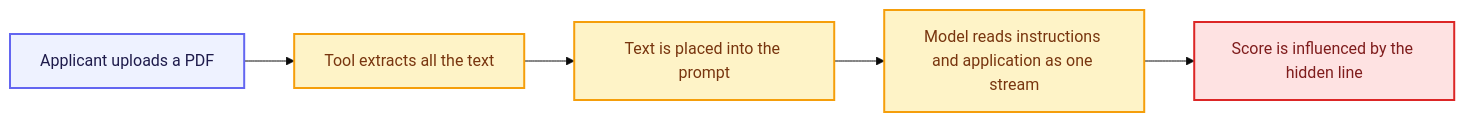
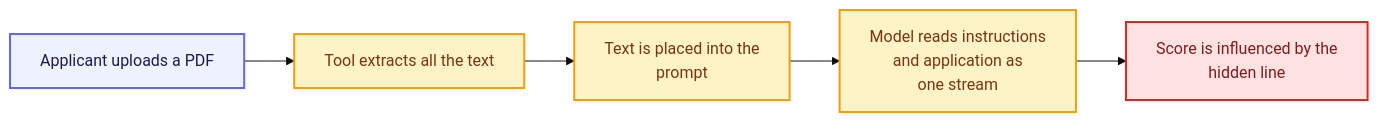
One commit to VishnuKumpati/Python-foundations changed the diagram in modules/m2-introduction-to-ai-systems/unit-m2-4-ethics-safety-governance.md. Above: the diagram before and after it, drawn with Mermaid (base theme).

````diff
--- a/modules/m2-introduction-to-ai-systems/unit-m2-4-ethics-safety-governance.md
+++ b/modules/m2-introduction-to-ai-systems/unit-m2-4-ethics-safety-governance.md
@@ -86,15 +86,15 @@
 ```mermaid
 flowchart LR
     A[Applicant uploads a PDF] --> B[Tool extracts all the text]
-    B --> C[Text is placed into the prompt]
-    C --> D[Model reads instructions and application as one stream]
-    D --> E[Score is influenced by the hidden line]
+    B --> C[Text is placed into the \n prompt]
+    C --> D[Model reads instructions  \n and application as \n one stream]
+    D --> E[Score is influenced by the  \n hidden line]
 
     classDef input fill:#EEF2FF,stroke:#6366F1,stroke-width:2px,color:#1E1B4B
     classDef work fill:#FEF3C7,stroke:#F59E0B,stroke-width:2px,color:#78350F
     classDef bad fill:#FEE2E2,stroke:#DC2626,stroke-width:2px,color:#7F1D1D
 
     class A input
     class B,C,D work
     class E bad
 ```
````
